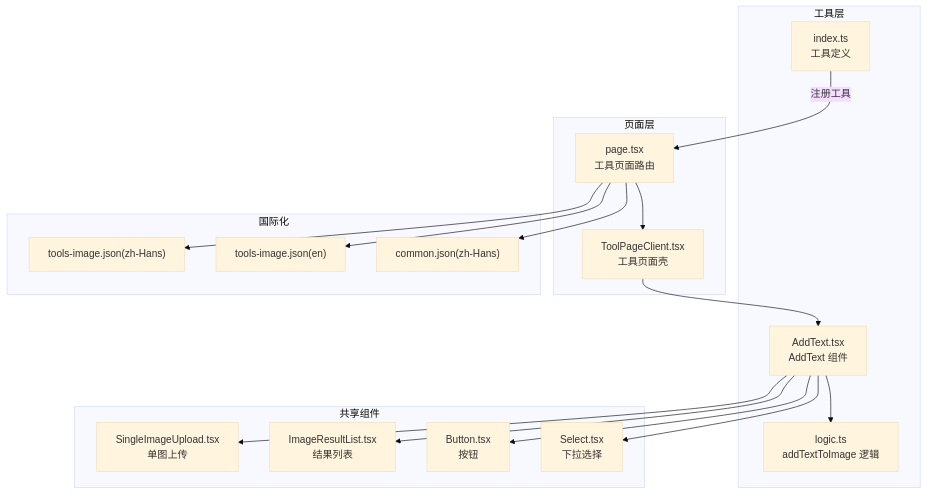
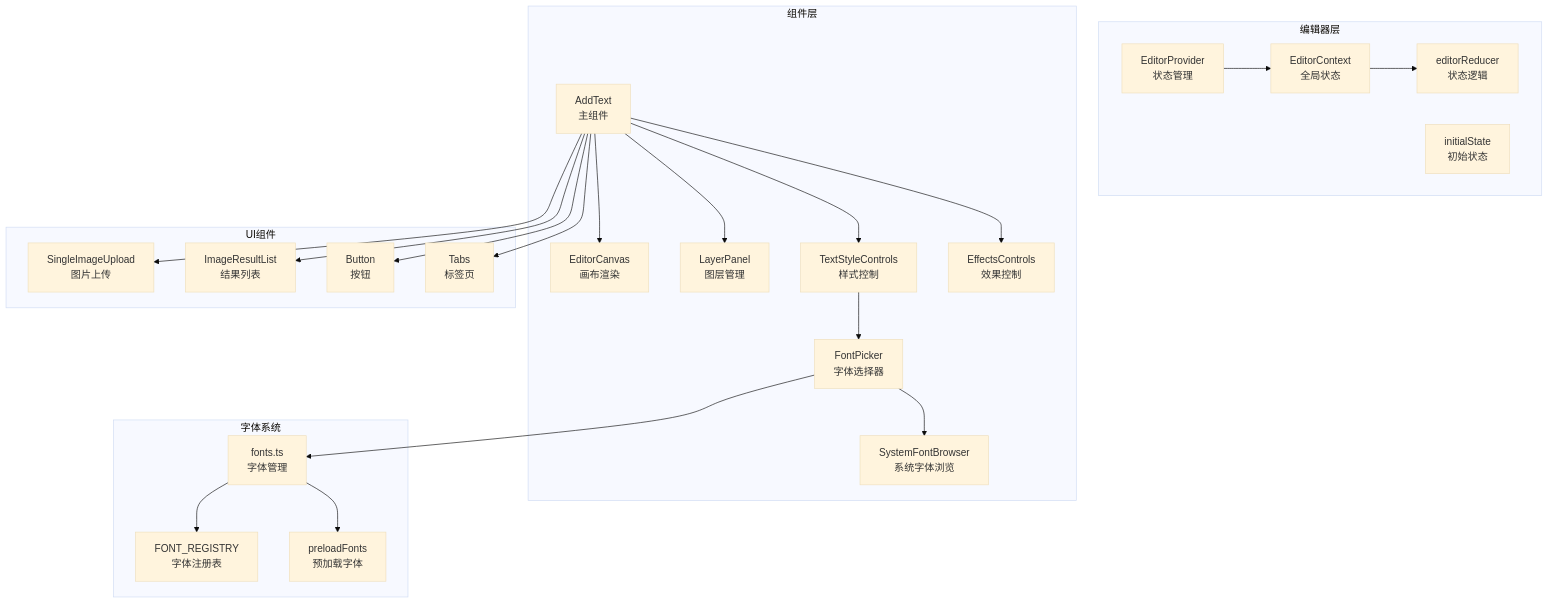
One commit to sgyy/privadeck changed the first of 3 diagrams in .qoder/repowiki/zh/content/图像工具/文字叠加.md. Above: the diagram before and after it, drawn with Mermaid (base theme). The commit also changed other lines of this file and 48 other files, not shown here.

````diff
--- a/.qoder/repowiki/zh/content/图像工具/文字叠加.md
+++ b/.qoder/repowiki/zh/content/图像工具/文字叠加.md
@@ -52,34 +75,44 @@
 ```mermaid
 graph TB
-subgraph "页面层"
-Page["page.tsx<br/>工具页面路由"]
-Client["ToolPageClient.tsx<br/>工具页面壳"]
+subgraph "编辑器层"
+EditorProvider["EditorProvider<br/>状态管理"]
+EditorContext["EditorContext<br/>全局状态"]
+reducer["editorReducer<br/>状态逻辑"]
+initialState["initialState<br/>初始状态"]
 end
-subgraph "工具层"
-AddText["AddText.tsx<br/>AddText 组件"]
-Logic["logic.ts<br/>addTextToImage 逻辑"]
-Index["index.ts<br/>工具定义"]
+subgraph "组件层"
+AddText["AddText<br/>主组件"]
+EditorCanvas["EditorCanvas<br/>画布渲染"]
+LayerPanel["LayerPanel<br/>图层管理"]
+TextStyleControls["TextStyleControls<br/>样式控制"]
+EffectsControls["EffectsControls<br/>效果控制"]
+SystemFontBrowser["SystemFontBrowser<br/>系统字体浏览"]
+FontPicker["FontPicker<br/>字体选择器"]
 end
-subgraph "共享组件"
-Upload["SingleImageUpload.tsx<br/>单图上传"]
-Result["ImageResultList.tsx<br/>结果列表"]
-Btn["Button.tsx<br/>按钮"]
-Sel["Select.tsx<br/>下拉选择"]
+subgraph "字体系统"
+fonts["fonts.ts<br/>字体管理"]
+FONT_REGISTRY["FONT_REGISTRY<br/>字体注册表"]
+preloadFonts["preloadFonts<br/>预加载字体"]
 end
-subgraph "国际化"
-MsgZH["tools-image.json(zh-Hans)"]
-MsgEN["tools-image.json(en)"]
-CommonZH["common.json(zh-Hans)"]
+subgraph "UI组件"
+SingleImageUpload["SingleImageUpload<br/>图片上传"]
+ImageResultList["ImageResultList<br/>结果列表"]
+Button["Button<br/>按钮"]
+Tabs["Tabs<br/>标签页"]
 end
-Page --> Client
-Client --> AddText
-AddText --> Logic
-AddText --> Upload
-AddText --> Result
-AddText --> Btn
-AddText --> Sel
-Page --> MsgZH
-Page --> MsgEN
-Page --> CommonZH
-Index --> |"注册工具"| Page
+EditorProvider --> EditorContext
+EditorContext --> reducer
+AddText --> EditorCanvas
+AddText --> LayerPanel
+AddText --> TextStyleControls
+AddText --> EffectsControls
+TextStyleControls --> FontPicker
+FontPicker --> SystemFontBrowser
+FontPicker --> fonts
+fonts --> FONT_REGISTRY
+fonts --> preloadFonts
+AddText --> SingleImageUpload
+AddText --> ImageResultList
+AddText --> Button
+AddText --> Tabs
 ```
````
